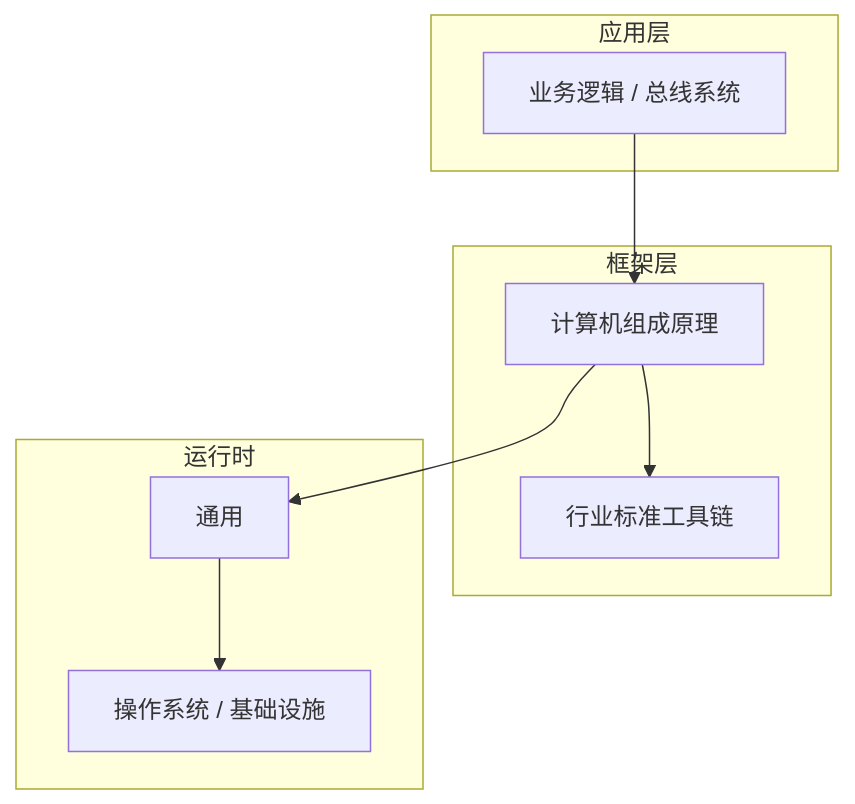
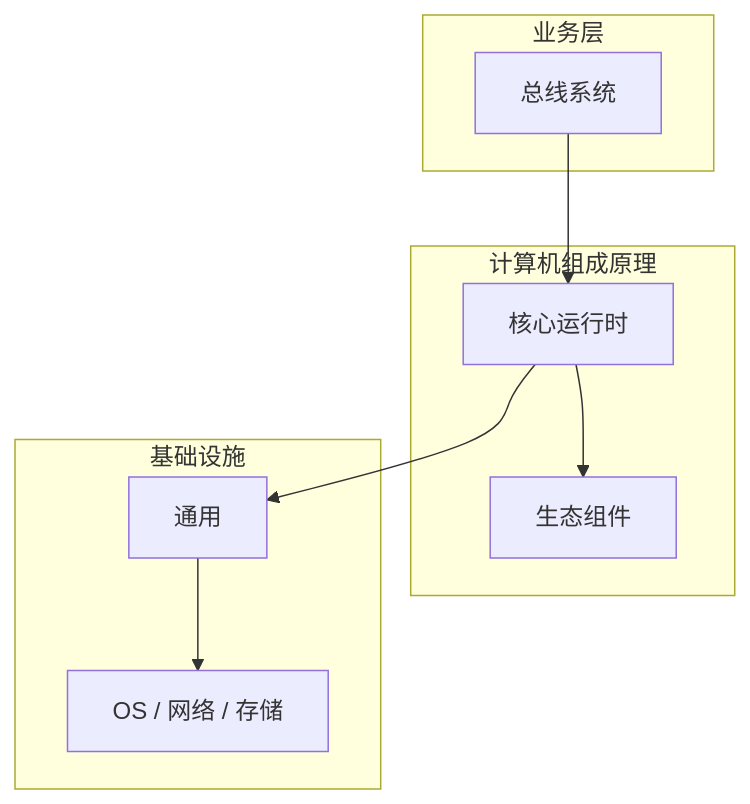
One commit to yanggan2015/knowledge-json-v2 changed the diagram in articles/计算机组成原理/chapters/051-总线系统核心概念与原理.md. Above: the diagram before and after it, drawn with Mermaid. The commit also changed other lines of this file and 10127 other files, not shown here.

````diff
--- a/articles/计算机组成原理/chapters/051-总线系统核心概念与原理.md
+++ b/articles/计算机组成原理/chapters/051-总线系统核心概念与原理.md
@@ -45,18 +34,18 @@
 ```mermaid
 graph TB
-    subgraph 应用层
-        A[业务逻辑 / 总线系统]
+    subgraph 业务层
+        A[总线系统]
     end
-    subgraph 框架层
-        B[计算机组成原理]
-        C[行业标准工具链]
+    subgraph 计算机组成原理
+        B[核心运行时]
+        C[生态组件]
     end
-    subgraph 运行时
+    subgraph 基础设施
         D[通用]
-        E[操作系统 / 基础设施]
+        E[OS / 网络 / 存储]
     end
     A --> B
     B --> C
     B --> D
     D --> E
 ```
````
